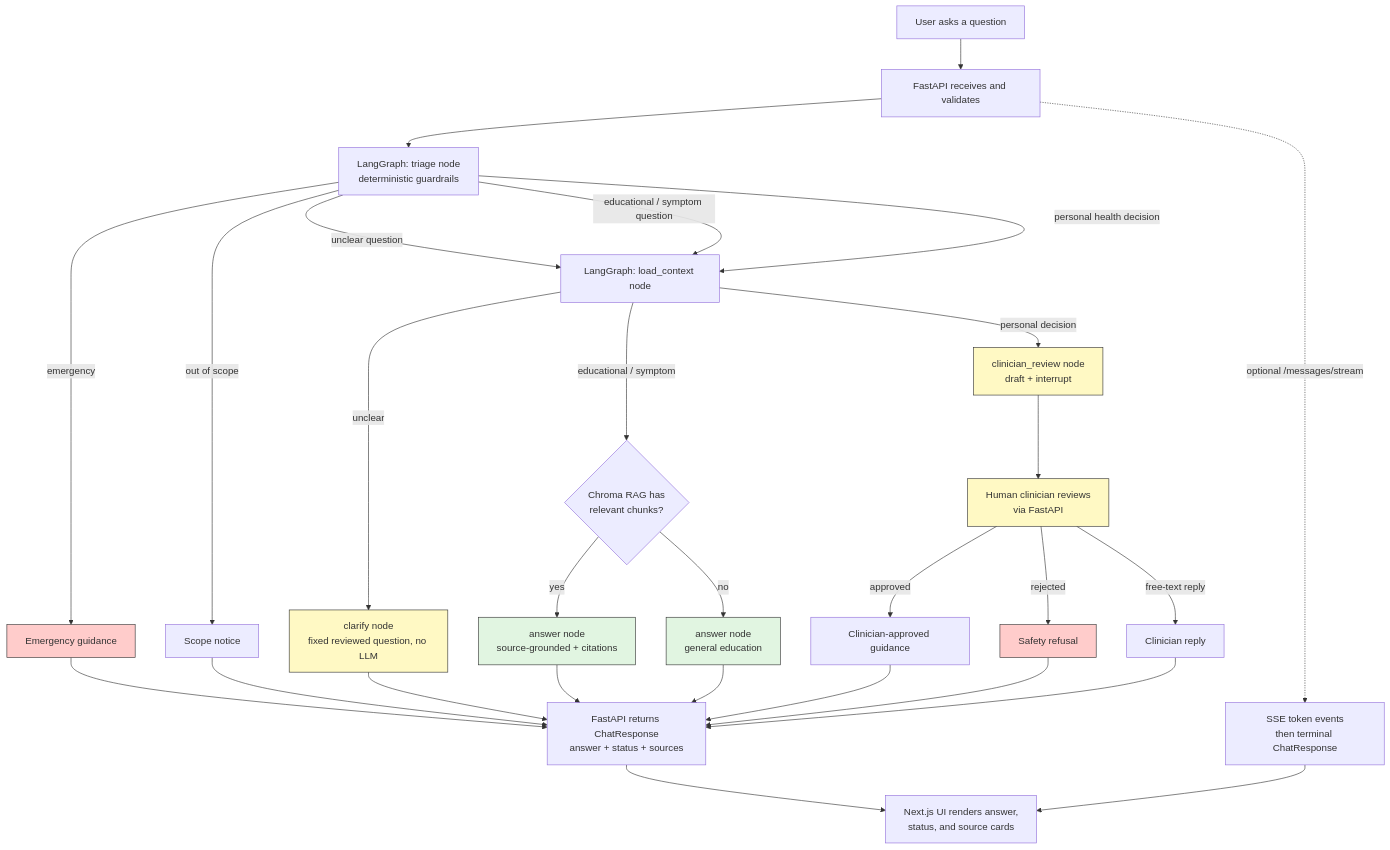
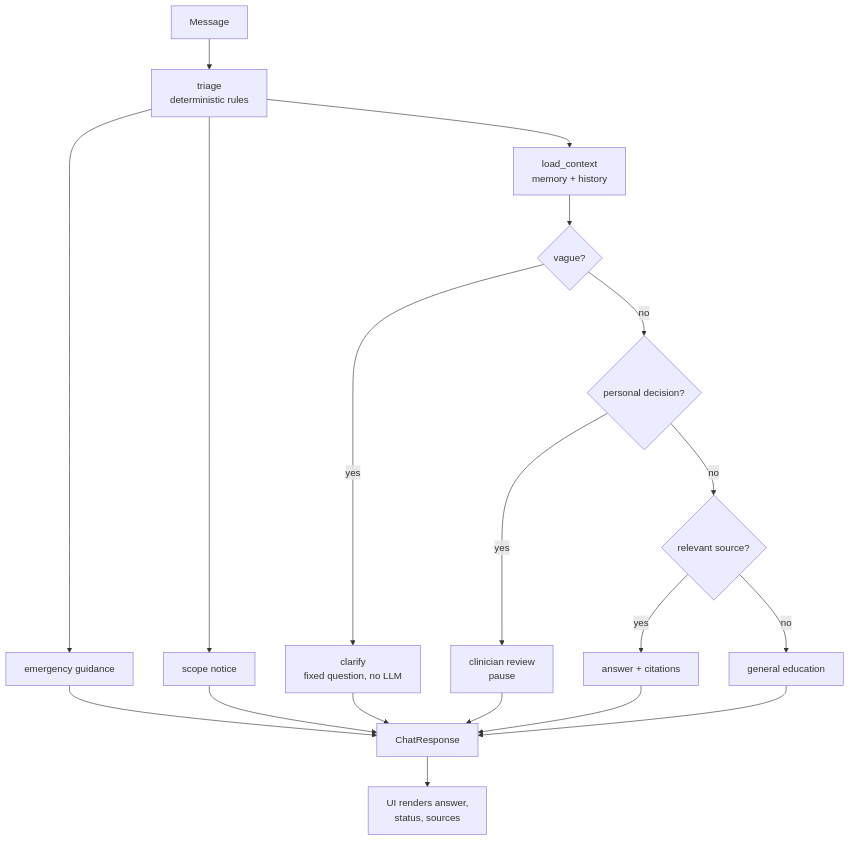
Before and after one commit to Chitranshu0/DrugGPT: the second of 3 diagrams in docs/architecture.md, drawn with Mermaid. The commit also changed other lines of this file and 7 other files, not shown here.

````diff
--- a/docs/architecture.md
+++ b/docs/architecture.md
@@ -21,42 +24,21 @@
 ```mermaid
 flowchart TD
-    U[User asks a question] --> API[FastAPI receives and validates]
-    API --> T[LangGraph: triage node<br/>deterministic guardrails]
-
-    T -->|emergency| E[Emergency guidance]
-    T -->|out of scope| O[Scope notice]
-    T -->|unclear question| C[LangGraph: load_context node]
-    T -->|educational / symptom question| C
-    T -->|personal health decision| C
-
-    C -->|unclear| Q[clarify node<br/>fixed reviewed question, no LLM]
-    C -->|educational / symptom| R{Chroma RAG has<br/>relevant chunks?}
-    R -->|yes| A[answer node<br/>source-grounded + citations]
-    R -->|no| G[answer node<br/>general education]
-    C -->|personal decision| H[clinician_review node<br/>draft + interrupt]
-
-    H --> HP[Human clinician reviews<br/>via FastAPI]
-    HP -->|approved| HA[Clinician-approved guidance]
-    HP -->|rejected| HR[Safety refusal]
-    HP -->|free-text reply| HC[Clinician reply]
-
-    E --> RES[FastAPI returns ChatResponse<br/>answer + status + sources]
-    O --> RES
-    Q --> RES
-    A --> RES
-    G --> RES
-    HA --> RES
-    HR --> RES
-    HC --> RES
-    RES --> UI[Next.js UI renders answer,<br/>status, and source cards]
-    API -.->|optional /messages/stream| ST[SSE token events<br/>then terminal ChatResponse]
-    ST --> UI
-
-    style E fill:#ffcccb,stroke:#333
-    style HR fill:#ffcccb,stroke:#333
-    style Q fill:#fff9c4,stroke:#333
-    style H fill:#fff9c4,stroke:#333
-    style HP fill:#fff9c4,stroke:#333
-    style A fill:#e1f5e1,stroke:#333
-    style G fill:#e1f5e1,stroke:#333
+    M[Message] --> T[triage<br/>deterministic rules]
+    T --> C[load_context<br/>memory + history]
+    T --> E[emergency guidance]
+    T --> O[scope notice]
+    E --> R[ChatResponse]
+    O --> R
+    C --> Q{vague?}
+    Q -->|yes| CL[clarify<br/>fixed question, no LLM]
+    Q -->|no| D{personal decision?}
+    D -->|yes| HR[clinician review<br/>pause]
+    D -->|no| A{relevant source?}
+    A -->|yes| SA[answer + citations]
+    A -->|no| GA[general education]
+    CL --> R
+    HR --> R
+    SA --> R
+    GA --> R
+    R --> UI[UI renders answer,<br/>status, sources]
 ```
````
